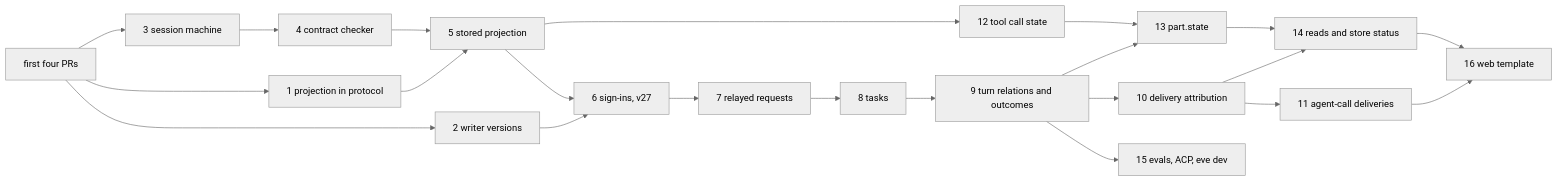
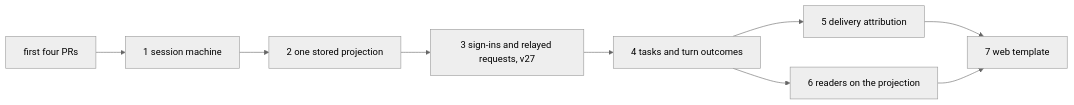
The fourth of 4 diagrams in research/session-state.md (femisapien/eve), drawn with Mermaid (neutral theme) before and after one commit. The commit also changed other lines of this file, not shown here.

Commit message:
docs(research): group the session state plan into seven PRs

````diff
--- a/research/session-state.md
+++ b/research/session-state.md
@@ -507,24 +687,11 @@
 ```mermaid
 flowchart LR
-  F[first four PRs] --> P1[1 projection in protocol]
-  F --> P2[2 writer versions]
-  F --> P3[3 session machine]
-  P3 --> P4[4 contract checker]
-  P1 --> P5[5 stored projection]
-  P4 --> P5
-  P2 --> P6[6 sign-ins, v27]
-  P5 --> P6
-  P6 --> P7[7 relayed requests]
-  P7 --> P8[8 tasks]
-  P8 --> P9[9 turn relations and outcomes]
-  P9 --> P10[10 delivery attribution]
-  P10 --> P11[11 agent-call deliveries]
-  P5 --> P12[12 tool call state]
-  P9 --> P13[13 part.state]
-  P12 --> P13
-  P10 --> P14[14 reads and store status]
-  P13 --> P14
-  P9 --> P15[15 evals, ACP, eve dev]
-  P11 --> P16[16 web template]
-  P14 --> P16
+  F[first four PRs] --> P1[1 session machine]
+  P1 --> P2[2 one stored projection]
+  P2 --> P3[3 sign-ins and relayed requests, v27]
+  P3 --> P4[4 tasks and turn outcomes]
+  P4 --> P5[5 delivery attribution]
+  P4 --> P6[6 readers on the projection]
+  P5 --> P7[7 web template]
+  P6 --> P7
 ```
````
